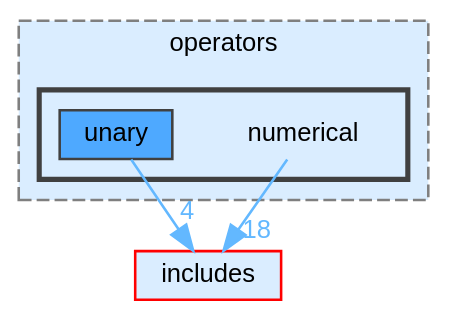
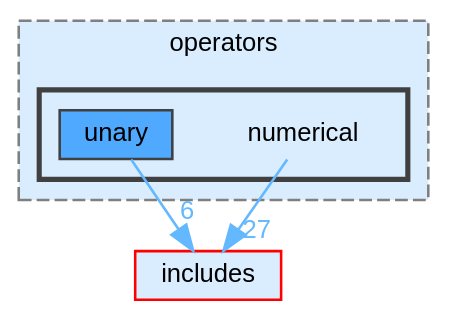
Before and after one commit to JS-CMP/JS-CMP: the diagram in dir_4efbc0b95464a66b6347e84787e1a1cf_dep.dot, drawn with Graphviz. The commit also changed 855 other files, not shown here.

```diff
--- a/dir_4efbc0b95464a66b6347e84787e1a1cf_dep.dot
+++ b/dir_4efbc0b95464a66b6347e84787e1a1cf_dep.dot
@@ -1,19 +1,19 @@
 digraph "lib/types/operators/numerical"
 {
  // LATEX_PDF_SIZE
   bgcolor="transparent";
   edge [fontname=Helvetica,fontsize=10,labelfontname=Helvetica,labelfontsize=10];
   node [fontname=Helvetica,fontsize=10,shape=box,height=0.2,width=0.4];
   compound=true
   subgraph clusterdir_cc8d397db54d25297def3a698c833207 {
     graph [ bgcolor="#daedff", pencolor="grey50", label="operators", fontname=Helvetica,fontsize=10 style="filled,dashed", URL="dir_cc8d397db54d25297def3a698c833207.html",tooltip=""]
   subgraph clusterdir_4efbc0b95464a66b6347e84787e1a1cf {
     graph [ bgcolor="#daedff", pencolor="grey25", label="", fontname=Helvetica,fontsize=10 style="filled,bold", URL="dir_4efbc0b95464a66b6347e84787e1a1cf.html",tooltip=""]
     dir_4efbc0b95464a66b6347e84787e1a1cf [shape=plaintext, label="numerical"];
   dir_6788651ac521e4687de78a86c0eb422e [label="unary", fillcolor="#4ea9ff", color="grey25", style="filled", URL="dir_6788651ac521e4687de78a86c0eb422e.html",tooltip=""];
   }
   }
   dir_09e761304027c904456130627fd4dcf5 [label="includes", fillcolor="#daedff", color="red", style="filled", URL="dir_09e761304027c904456130627fd4dcf5.html",tooltip=""];
-  dir_4efbc0b95464a66b6347e84787e1a1cf->dir_09e761304027c904456130627fd4dcf5 [headlabel="18", labeldistance=1.5 headhref="dir_000025_000018.html" href="dir_000025_000018.html" color="steelblue1" fontcolor="steelblue1"];
-  dir_6788651ac521e4687de78a86c0eb422e->dir_09e761304027c904456130627fd4dcf5 [headlabel="4", labeldistance=1.5 headhref="dir_000039_000018.html" href="dir_000039_000018.html" color="steelblue1" fontcolor="steelblue1"];
+  dir_4efbc0b95464a66b6347e84787e1a1cf->dir_09e761304027c904456130627fd4dcf5 [headlabel="27", labeldistance=1.5 headhref="dir_000027_000019.html" href="dir_000027_000019.html" color="steelblue1" fontcolor="steelblue1"];
+  dir_6788651ac521e4687de78a86c0eb422e->dir_09e761304027c904456130627fd4dcf5 [headlabel="6", labeldistance=1.5 headhref="dir_000045_000019.html" href="dir_000045_000019.html" color="steelblue1" fontcolor="steelblue1"];
 }
```
